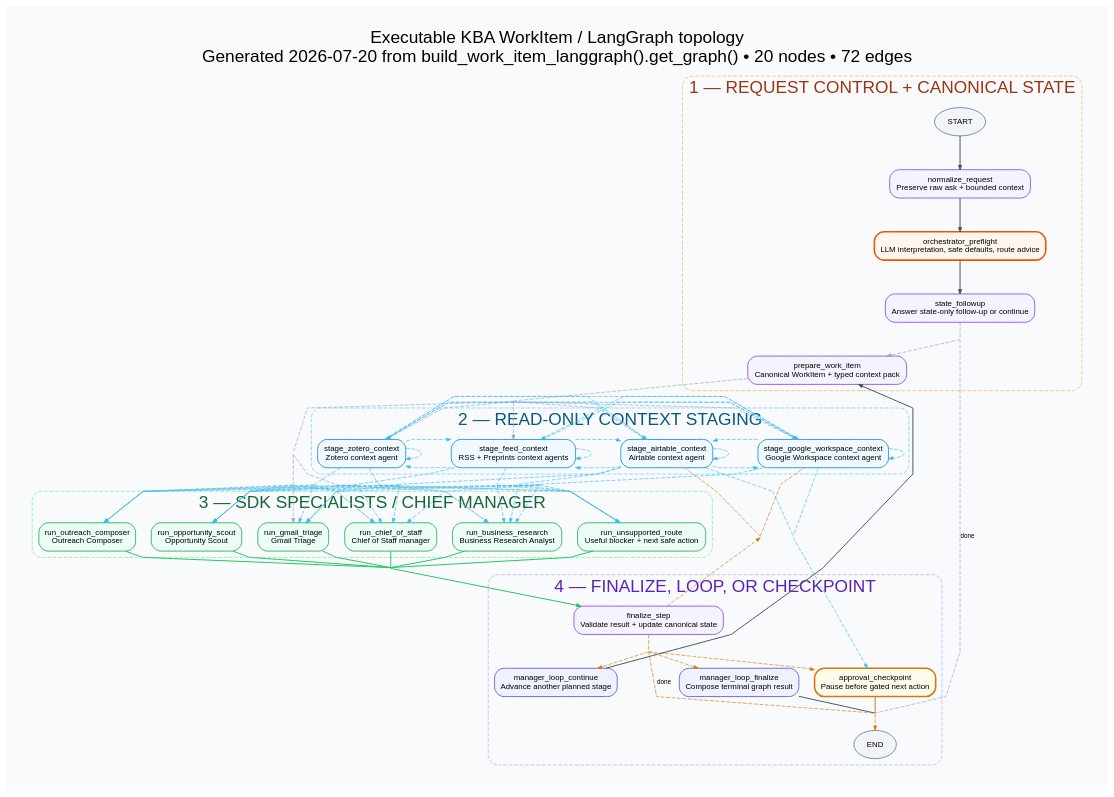
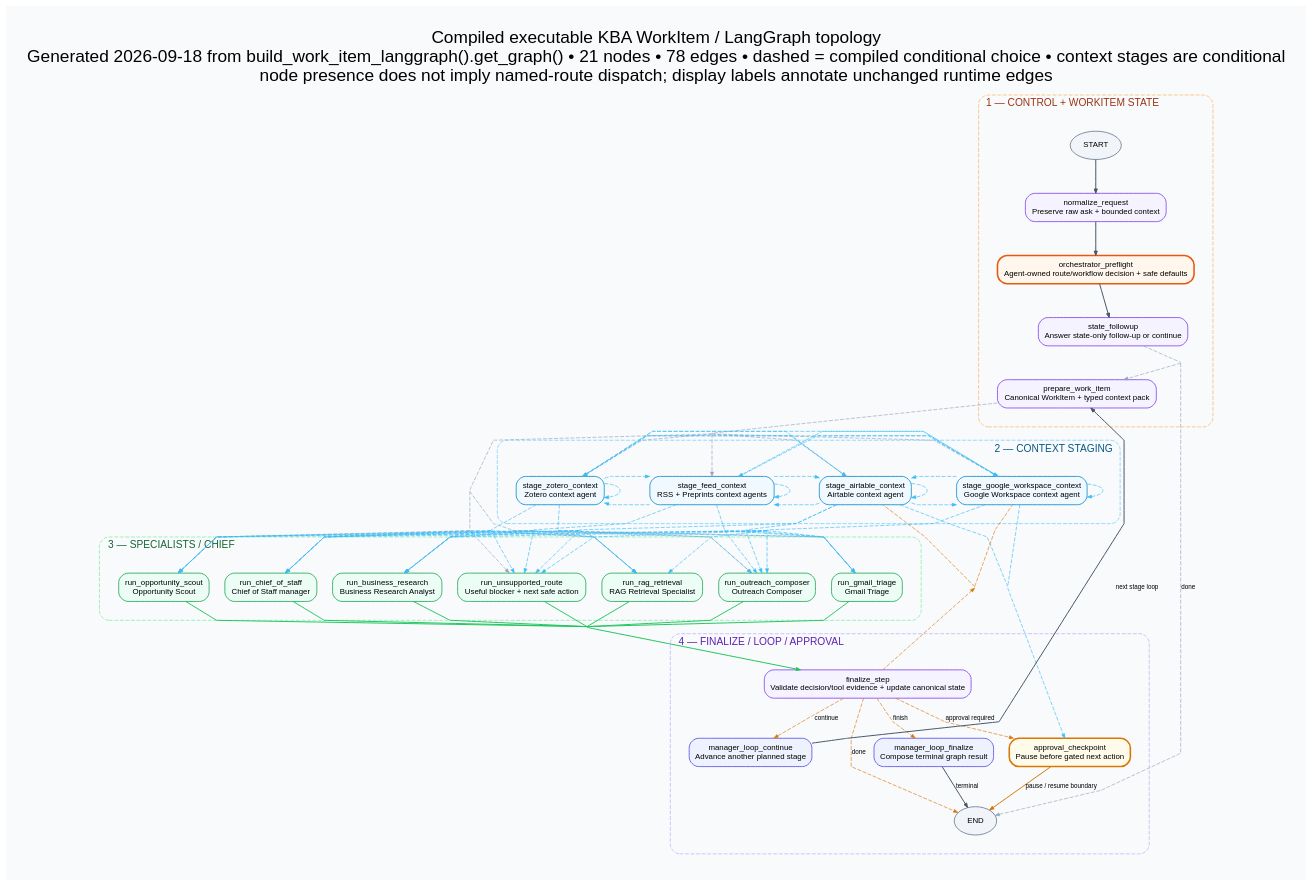
The diagram in docs/assets/kba-workitem-langgraph-topology.dot (anupsharma555/keystone-business-agents), drawn with Graphviz before and after one commit. The commit also changed 449 other files, not shown here.

First line of the commit message:
Integrate V2 source fidelity and RAG retrieval with main (#26)

```diff
--- a/docs/assets/kba-workitem-langgraph-topology.dot
+++ b/docs/assets/kba-workitem-langgraph-topology.dot
@@ -1,19 +1,19 @@
 digraph kba_workitem_langgraph_topology {
-  graph [rankdir=TB, bgcolor="#f8fafc", pad="0.35", nodesep="0.28", ranksep="0.58", splines=polyline, newrank=true, concentrate=true, fontname="Arial", fontsize=22, labelloc=t, label="Executable KBA WorkItem / LangGraph topology\nGenerated 2026-07-20 from build_work_item_langgraph().get_graph() • 20 nodes • 72 edges"];
+  graph [rankdir=TB, bgcolor="#f8fafc", pad="0.35", nodesep="0.28", ranksep="0.58", splines=polyline, newrank=true, concentrate=true, fontname="Arial", fontsize=22, labelloc=t, label="Compiled executable KBA WorkItem / LangGraph topology\nGenerated 2026-09-18 from build_work_item_langgraph().get_graph() • 21 nodes • 78 edges • dashed = compiled conditional choice • context stages are conditional\nnode presence does not imply named-route dispatch; display labels annotate unchanged runtime edges"];
   node [shape=box, style="rounded,filled", color="#94a3b8", fillcolor="#ffffff", fontname="Arial", fontsize=10, margin="0.12,0.08"];
   edge [fontname="Arial", fontsize=8, arrowsize=0.55];
 
   subgraph cluster_control {
-    label="1 — REQUEST CONTROL + CANONICAL STATE"; color="#fdba74"; fontcolor="#9a3412"; style="rounded,dashed";
+    label="1 — CONTROL + WORKITEM STATE"; color="#fdba74"; fontcolor="#9a3412"; fontsize=13; labeljust=l; margin=24; style="rounded,dashed";
     "__start__" [label="START", shape="oval", fillcolor="#f1f5f9", color="#64748b"];
     "normalize_request" [label="normalize_request\nPreserve raw ask + bounded context", fillcolor="#f5f3ff", color="#7c3aed"];
-    "orchestrator_preflight" [label="orchestrator_preflight\nLLM interpretation, safe defaults, route advice", fillcolor="#fff7ed", color="#ea580c", penwidth="2.0"];
+    "orchestrator_preflight" [label="orchestrator_preflight\nAgent-owned route/workflow decision + safe defaults", fillcolor="#fff7ed", color="#ea580c", penwidth="2.0"];
     "state_followup" [label="state_followup\nAnswer state-only follow-up or continue", fillcolor="#f5f3ff", color="#7c3aed"];
     "prepare_work_item" [label="prepare_work_item\nCanonical WorkItem + typed context pack", fillcolor="#f5f3ff", color="#7c3aed"];
   }
 
   subgraph cluster_context {
-    label="2 — READ-ONLY CONTEXT STAGING"; color="#7dd3fc"; fontcolor="#075985"; style="rounded,dashed";
+    label="2 — CONTEXT STAGING"; color="#7dd3fc"; fontcolor="#075985"; fontsize=13; labeljust=r; margin=24; style="rounded,dashed";
     "stage_airtable_context" [label="stage_airtable_context\nAirtable context agent", fillcolor="#f0f9ff", color="#0284c7"];
     "stage_feed_context" [label="stage_feed_context\nRSS + Preprints context agents", fillcolor="#f0f9ff", color="#0284c7"];
     "stage_google_workspace_context" [label="stage_google_workspace_context\nGoogle Workspace context agent", fillcolor="#f0f9ff", color="#0284c7"];
@@ -21,18 +21,19 @@
   }
 
   subgraph cluster_specialists {
-    label="3 — SDK SPECIALISTS / CHIEF MANAGER"; color="#86efac"; fontcolor="#166534"; style="rounded,dashed";
+    label="3 — SPECIALISTS / CHIEF"; color="#86efac"; fontcolor="#166534"; fontsize=13; labeljust=l; margin=24; style="rounded,dashed";
     "run_business_research" [label="run_business_research\nBusiness Research Analyst", fillcolor="#ecfdf5", color="#16a34a"];
     "run_chief_of_staff" [label="run_chief_of_staff\nChief of Staff manager", fillcolor="#ecfdf5", color="#16a34a"];
     "run_gmail_triage" [label="run_gmail_triage\nGmail Triage", fillcolor="#ecfdf5", color="#16a34a"];
     "run_opportunity_scout" [label="run_opportunity_scout\nOpportunity Scout", fillcolor="#ecfdf5", color="#16a34a"];
     "run_outreach_composer" [label="run_outreach_composer\nOutreach Composer", fillcolor="#ecfdf5", color="#16a34a"];
+    "run_rag_retrieval" [label="run_rag_retrieval\nRAG Retrieval Specialist", fillcolor="#ecfdf5", color="#16a34a"];
     "run_unsupported_route" [label="run_unsupported_route\nUseful blocker + next safe action", fillcolor="#ecfdf5", color="#16a34a"];
   }
 
   subgraph cluster_lifecycle {
-    label="4 — FINALIZE, LOOP, OR CHECKPOINT"; color="#c4b5fd"; fontcolor="#5b21b6"; style="rounded,dashed";
-    "finalize_step" [label="finalize_step\nValidate result + update canonical state", fillcolor="#f5f3ff", color="#7c3aed"];
+    label="4 — FINALIZE / LOOP / APPROVAL"; color="#c4b5fd"; fontcolor="#5b21b6"; fontsize=13; labeljust=l; margin=24; style="rounded,dashed";
+    "finalize_step" [label="finalize_step\nValidate decision/tool evidence + update canonical state", fillcolor="#f5f3ff", color="#7c3aed"];
     "manager_loop_continue" [label="manager_loop_continue\nAdvance another planned stage", fillcolor="#eef2ff", color="#4f46e5"];
     "manager_loop_finalize" [label="manager_loop_finalize\nCompose terminal graph result", fillcolor="#eef2ff", color="#4f46e5"];
     "approval_checkpoint" [label="approval_checkpoint\nPause before gated next action", fillcolor="#fffbeb", color="#d97706", penwidth="2.0"];
@@ -43,15 +44,15 @@
   { rank=same; "run_business_research"; "run_opportunity_scout"; "run_gmail_triage"; "run_outreach_composer"; "run_chief_of_staff"; "run_unsupported_route"; }
 
   "__start__" -> "normalize_request" [color="#475569", penwidth="1.25"];
-  "approval_checkpoint" -> "__end__" [color="#d97706", penwidth="1.25"];
+  "approval_checkpoint" -> "__end__" [color="#d97706", penwidth="1.25", label="pause / resume boundary"];
   "finalize_step" -> "__end__" [style="dashed", color="#d97706", penwidth="0.8", label="done"];
-  "finalize_step" -> "approval_checkpoint" [style="dashed", color="#d97706", penwidth="0.8"];
-  "finalize_step" -> "manager_loop_continue" [style="dashed", color="#d97706", penwidth="0.8"];
-  "finalize_step" -> "manager_loop_finalize" [style="dashed", color="#d97706", penwidth="0.8"];
+  "finalize_step" -> "approval_checkpoint" [style="dashed", color="#d97706", penwidth="0.8", label="approval required"];
+  "finalize_step" -> "manager_loop_continue" [style="dashed", color="#d97706", penwidth="0.8", label="continue"];
+  "finalize_step" -> "manager_loop_finalize" [style="dashed", color="#d97706", penwidth="0.8", label="finish"];
   "finalize_step" -> "stage_airtable_context" [style="dashed", color="#d97706", penwidth="0.8"];
   "finalize_step" -> "stage_google_workspace_context" [style="dashed", color="#d97706", penwidth="0.8"];
-  "manager_loop_continue" -> "prepare_work_item" [color="#475569", penwidth="1.25", constraint="false"];
-  "manager_loop_finalize" -> "__end__" [color="#475569", penwidth="1.25"];
+  "manager_loop_continue" -> "prepare_work_item" [color="#475569", penwidth="1.25", label="next stage loop", constraint="false"];
+  "manager_loop_finalize" -> "__end__" [color="#475569", penwidth="1.25", label="terminal"];
   "normalize_request" -> "orchestrator_preflight" [color="#475569", penwidth="1.25"];
   "orchestrator_preflight" -> "state_followup" [color="#475569", penwidth="1.25"];
   "prepare_work_item" -> "run_business_research" [style="dashed", color="#94a3b8", penwidth="0.8"];
@@ -59,6 +60,7 @@
   "prepare_work_item" -> "run_gmail_triage" [style="dashed", color="#94a3b8", penwidth="0.8"];
   "prepare_work_item" -> "run_opportunity_scout" [style="dashed", color="#94a3b8", penwidth="0.8"];
   "prepare_work_item" -> "run_outreach_composer" [style="dashed", color="#94a3b8", penwidth="0.8"];
+  "prepare_work_item" -> "run_rag_retrieval" [style="dashed", color="#94a3b8", penwidth="0.8"];
   "prepare_work_item" -> "run_unsupported_route" [style="dashed", color="#94a3b8", penwidth="0.8"];
   "prepare_work_item" -> "stage_airtable_context" [style="dashed", color="#94a3b8", penwidth="0.8"];
   "prepare_work_item" -> "stage_feed_context" [style="dashed", color="#94a3b8", penwidth="0.8"];
@@ -69,6 +71,7 @@
   "run_gmail_triage" -> "finalize_step" [color="#22c55e", penwidth="1.25"];
   "run_opportunity_scout" -> "finalize_step" [color="#22c55e", penwidth="1.25"];
   "run_outreach_composer" -> "finalize_step" [color="#22c55e", penwidth="1.25"];
+  "run_rag_retrieval" -> "finalize_step" [color="#22c55e", penwidth="1.25"];
   "run_unsupported_route" -> "finalize_step" [color="#22c55e", penwidth="1.25"];
   "stage_airtable_context" -> "approval_checkpoint" [style="dashed", color="#38bdf8", penwidth="0.8"];
   "stage_airtable_context" -> "run_business_research" [style="dashed", color="#38bdf8", penwidth="0.8"];
@@ -76,6 +79,7 @@
   "stage_airtable_context" -> "run_gmail_triage" [style="dashed", color="#38bdf8", penwidth="0.8"];
   "stage_airtable_context" -> "run_opportunity_scout" [style="dashed", color="#38bdf8", penwidth="0.8"];
   "stage_airtable_context" -> "run_outreach_composer" [style="dashed", color="#38bdf8", penwidth="0.8"];
+  "stage_airtable_context" -> "run_rag_retrieval" [style="dashed", color="#38bdf8", penwidth="0.8"];
   "stage_airtable_context" -> "run_unsupported_route" [style="dashed", color="#38bdf8", penwidth="0.8"];
   "stage_airtable_context" -> "stage_airtable_context" [style="dashed", color="#38bdf8", penwidth="0.8", constraint="false"];
   "stage_airtable_context" -> "stage_feed_context" [style="dashed", color="#38bdf8", penwidth="0.8"];
@@ -86,6 +90,7 @@
   "stage_feed_context" -> "run_gmail_triage" [style="dashed", color="#38bdf8", penwidth="0.8"];
   "stage_feed_context" -> "run_opportunity_scout" [style="dashed", color="#38bdf8", penwidth="0.8"];
   "stage_feed_context" -> "run_outreach_composer" [style="dashed", color="#38bdf8", penwidth="0.8"];
+  "stage_feed_context" -> "run_rag_retrieval" [style="dashed", color="#38bdf8", penwidth="0.8"];
   "stage_feed_context" -> "run_unsupported_route" [style="dashed", color="#38bdf8", penwidth="0.8"];
   "stage_feed_context" -> "stage_airtable_context" [style="dashed", color="#38bdf8", penwidth="0.8"];
   "stage_feed_context" -> "stage_feed_context" [style="dashed", color="#38bdf8", penwidth="0.8", constraint="false"];
@@ -97,6 +102,7 @@
   "stage_google_workspace_context" -> "run_gmail_triage" [style="dashed", color="#38bdf8", penwidth="0.8"];
   "stage_google_workspace_context" -> "run_opportunity_scout" [style="dashed", color="#38bdf8", penwidth="0.8"];
   "stage_google_workspace_context" -> "run_outreach_composer" [style="dashed", color="#38bdf8", penwidth="0.8"];
+  "stage_google_workspace_context" -> "run_rag_retrieval" [style="dashed", color="#38bdf8", penwidth="0.8"];
   "stage_google_workspace_context" -> "run_unsupported_route" [style="dashed", color="#38bdf8", penwidth="0.8"];
   "stage_google_workspace_context" -> "stage_airtable_context" [style="dashed", color="#38bdf8", penwidth="0.8"];
   "stage_google_workspace_context" -> "stage_feed_context" [style="dashed", color="#38bdf8", penwidth="0.8"];
@@ -107,6 +113,7 @@
   "stage_zotero_context" -> "run_gmail_triage" [style="dashed", color="#38bdf8", penwidth="0.8"];
   "stage_zotero_context" -> "run_opportunity_scout" [style="dashed", color="#38bdf8", penwidth="0.8"];
   "stage_zotero_context" -> "run_outreach_composer" [style="dashed", color="#38bdf8", penwidth="0.8"];
+  "stage_zotero_context" -> "run_rag_retrieval" [style="dashed", color="#38bdf8", penwidth="0.8"];
   "stage_zotero_context" -> "run_unsupported_route" [style="dashed", color="#38bdf8", penwidth="0.8"];
   "stage_zotero_context" -> "stage_airtable_context" [style="dashed", color="#38bdf8", penwidth="0.8"];
   "stage_zotero_context" -> "stage_feed_context" [style="dashed", color="#38bdf8", penwidth="0.8"];
```
